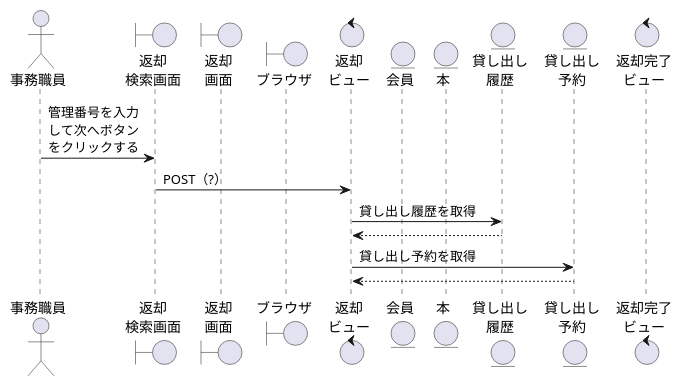
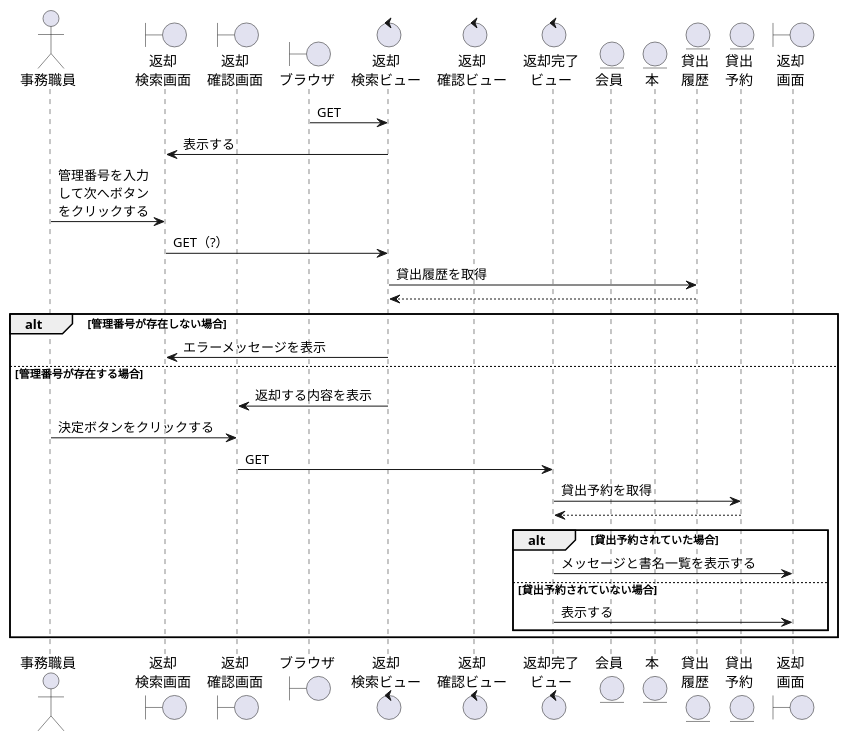
Before and after one commit to ysyk-wtnb16/team_D: the diagram in 効果測定/返却.wsd, drawn with PlantUML. The commit also changed 4 other files, not shown here.

```diff
--- a/効果測定/返却.wsd
+++ b/効果測定/返却.wsd
@@ -1,22 +1,39 @@
 @startuml HK
 
 actor "事務職員" as staff
 boundary "返却\n検索画面" as HKKs
-boundary "返却\n画面" as HKs
+boundary "返却\n確認画面" as HKChecks
 boundary "ブラウザ" as brz
-control "返却\nビュー" as HKv
+control "返却\n検索ビュー" as HKv
+control "返却\n確認ビュー" as HKCheckv
+control "返却完了\nビュー" as HKOKv
 entity "会員" as member
 entity "本" as book
-entity "貸し出し\n履歴" as HKR
-entity "貸し出し\n予約" as HKY
-control "返却完了\nビュー" as HKOKv
+entity "貸出\n履歴" as HKR
+entity "貸出\n予約" as KDY
+boundary "返却\n画面" as HKOKs
 
 
+brz -> HKv:GET
+HKKs <- HKv:表示する
 staff -> HKKs: 管理番号を入力\nして次へボタン\nをクリックする
-HKKs -> HKv: POST（?）
-HKv -> HKR: 貸し出し履歴を取得
+HKKs -> HKv: GET（?）
+HKv -> HKR: 貸出履歴を取得
 HKv <-- HKR
-HKv -> HKY: 貸し出し予約を取得
-HKv <-- HKY
+alt 管理番号が存在しない場合
+    HKKs <- HKv:エラーメッセージを表示
+else 管理番号が存在する場合
+    HKChecks <- HKv:返却する内容を表示
+    staff -> HKChecks:決定ボタンをクリックする
+    HKChecks -> HKOKv:GET
+    HKOKv -> KDY: 貸出予約を取得
+    HKOKv <-- KDY
+    alt 貸出予約されていた場合
+        HKOKv -> HKOKs:メッセージと書名一覧を表示する
+    else 貸出予約されていない場合
+        HKOKv -> HKOKs:表示する
+    end
+end
+
 
 @enduml
```
